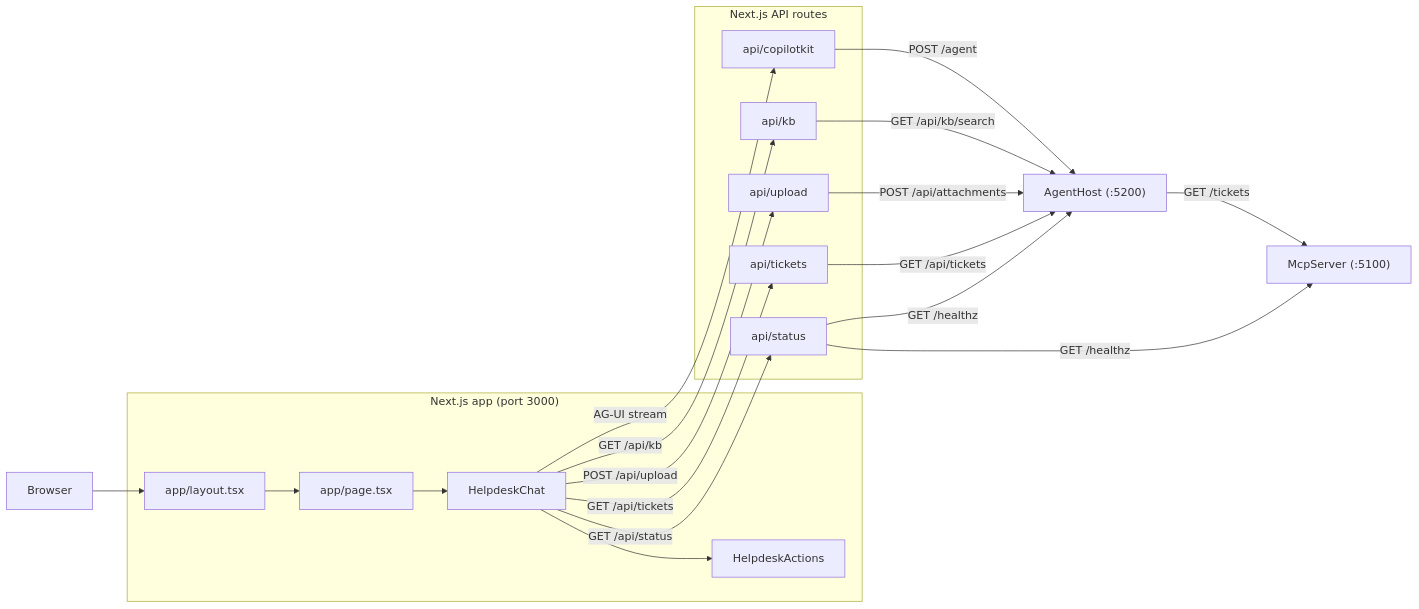
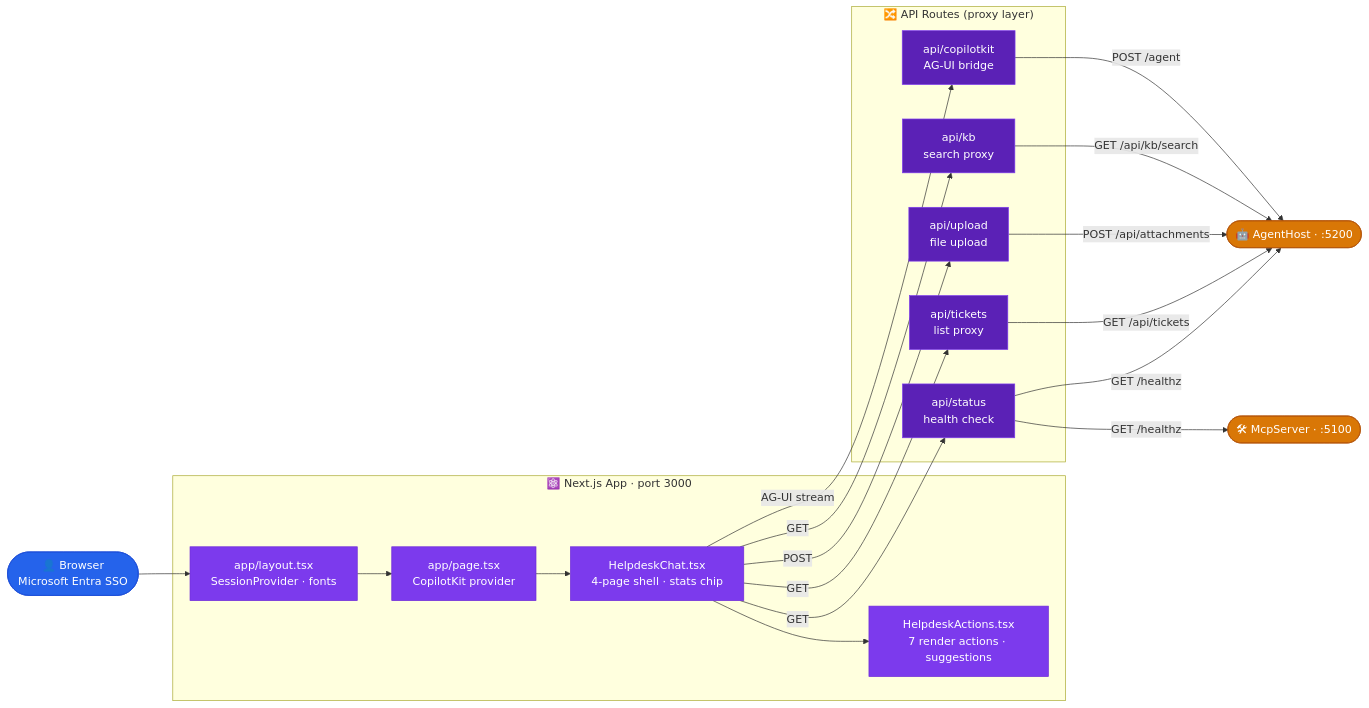
Before and after one commit to sreyanchoudhury/HelpdeskAI.CSharp: the diagram in src/HelpdeskAI.Frontend/README.md, drawn with Mermaid. The commit also changed 5 other files, not shown here.

````diff
--- a/src/HelpdeskAI.Frontend/README.md
+++ b/src/HelpdeskAI.Frontend/README.md
@@ -106,37 +106,46 @@
 ```mermaid
 flowchart LR
-    USER["Browser"]
+    classDef user    fill:#2563eb,stroke:#1d4ed8,color:#fff
+    classDef app     fill:#7c3aed,stroke:#6d28d9,color:#fff
+    classDef route   fill:#5b21b6,stroke:#7c3aed,color:#fff
+    classDef backend fill:#d97706,stroke:#b45309,color:#fff
 
-    subgraph APP["Next.js app (port 3000)"]
-        LAYOUT["app/layout.tsx"]
-        PAGE["app/page.tsx"]
-        CHAT["HelpdeskChat"]
-        ACTIONS["HelpdeskActions"]
+    USER(["👤 Browser<br/>Microsoft Entra SSO"])
+
+    subgraph APP["⚛️  Next.js App  ·  port 3000"]
+        LAYOUT["app/layout.tsx<br/>SessionProvider · fonts"]
+        PAGE["app/page.tsx<br/>CopilotKit provider"]
+        CHAT["HelpdeskChat.tsx<br/>4-page shell · stats chip"]
+        ACTIONS["HelpdeskActions.tsx<br/>7 render actions · suggestions"]
     end
 
-    subgraph ROUTES["Next.js API routes"]
-        CK["api/copilotkit"]
-        KB["api/kb"]
-        TK["api/tickets"]
-        STRT["api/status"]
-        UL["api/upload"]
+    subgraph ROUTES["🔀  API Routes  (proxy layer)"]
+        CK["api/copilotkit<br/>AG-UI bridge"]
+        KB["api/kb<br/>search proxy"]
+        TK["api/tickets<br/>list proxy"]
+        STRT["api/status<br/>health check"]
+        UL["api/upload<br/>file upload"]
     end
 
-    AH["AgentHost (:5200)"]
-    MS["McpServer (:5100)"]
+    AH(["🤖 AgentHost  ·  :5200"])
+    MS(["🛠 McpServer  ·  :5100"])
 
     USER --> LAYOUT --> PAGE --> CHAT --> ACTIONS
     CHAT -->|AG-UI stream| CK
-    CHAT -->|GET /api/kb| KB
-    CHAT -->|GET /api/tickets| TK
-    CHAT -->|GET /api/status| STRT
-    CHAT -->|POST /api/upload| UL
+    CHAT -->|GET| KB
+    CHAT -->|GET| TK
+    CHAT -->|GET| STRT
+    CHAT -->|POST| UL
 
     CK -->|POST /agent| AH
     KB -->|GET /api/kb/search| AH
     UL -->|POST /api/attachments| AH
     TK -->|GET /api/tickets| AH
-    AH -->|GET /tickets| MS
     STRT -->|GET /healthz| AH
     STRT -->|GET /healthz| MS
+
+    class USER user
+    class LAYOUT,PAGE,CHAT,ACTIONS app
+    class CK,KB,TK,STRT,UL route
+    class AH,MS backend
 ```
````
